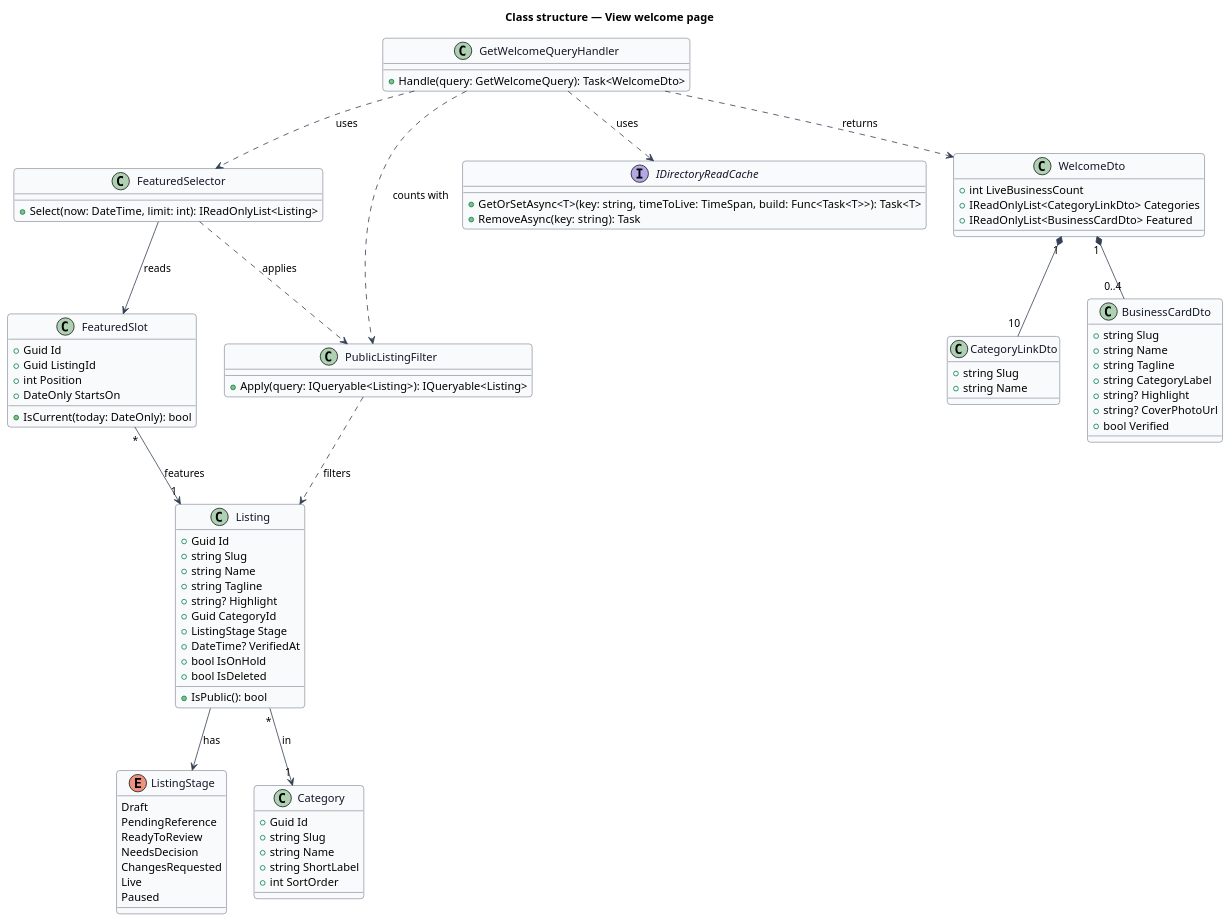
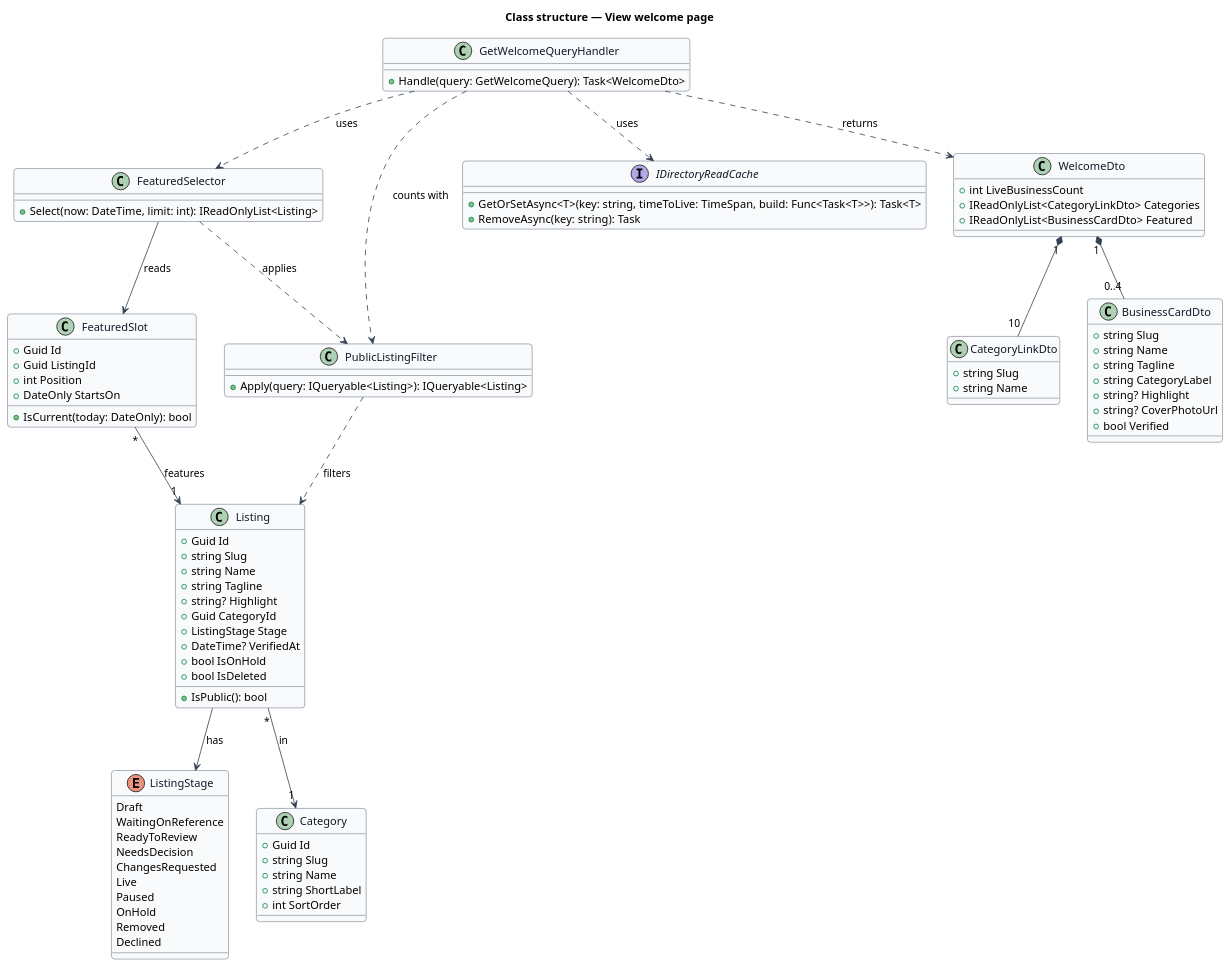
One commit to QuinntyneBrown/jubilee changed the diagram in docs/detailed-designs/directory/view-welcome-page/diagrams/class-structure.puml. Above: the diagram before and after it, drawn with PlantUML. The commit also changed 56 other files, not shown here.

```diff
--- a/docs/detailed-designs/directory/view-welcome-page/diagrams/class-structure.puml
+++ b/docs/detailed-designs/directory/view-welcome-page/diagrams/class-structure.puml
@@ -1,107 +1,110 @@
 @startuml
 ' --- shared skin header ---
 skinparam backgroundColor #FFFFFF
 skinparam shadowing false
 skinparam roundcorner 8
 skinparam defaultFontName Arial
 skinparam ArrowColor #344054
 skinparam class {
   BorderColor #344054
   FontColor #101828
   BackgroundColor #F9FAFB
 }
 ' --------------------------
 title Class structure — View welcome page
 
 
 enum ListingStage {
   Draft
-  PendingReference
+  WaitingOnReference
   ReadyToReview
   NeedsDecision
   ChangesRequested
   Live
   Paused
+  OnHold
+  Removed
+  Declined
 }
 
 class Listing {
   +Guid Id
   +string Slug
   +string Name
   +string Tagline
   +string? Highlight
   +Guid CategoryId
   +ListingStage Stage
   +DateTime? VerifiedAt
   +bool IsOnHold
   +bool IsDeleted
   +IsPublic(): bool
 }
 
 class Category {
   +Guid Id
   +string Slug
   +string Name
   +string ShortLabel
   +int SortOrder
 }
 
 class FeaturedSlot {
   +Guid Id
   +Guid ListingId
   +int Position
   +DateOnly StartsOn
   +IsCurrent(today: DateOnly): bool
 }
 
 class FeaturedSelector {
   +Select(now: DateTime, limit: int): IReadOnlyList<Listing>
 }
 
 class PublicListingFilter {
   +Apply(query: IQueryable<Listing>): IQueryable<Listing>
 }
 
 interface IDirectoryReadCache {
   +GetOrSetAsync<T>(key: string, timeToLive: TimeSpan, build: Func<Task<T>>): Task<T>
   +RemoveAsync(key: string): Task
 }
 
 class GetWelcomeQueryHandler {
   +Handle(query: GetWelcomeQuery): Task<WelcomeDto>
 }
 
 class WelcomeDto {
   +int LiveBusinessCount
   +IReadOnlyList<CategoryLinkDto> Categories
   +IReadOnlyList<BusinessCardDto> Featured
 }
 
 class CategoryLinkDto {
   +string Slug
   +string Name
 }
 
 class BusinessCardDto {
   +string Slug
   +string Name
   +string Tagline
   +string CategoryLabel
   +string? Highlight
   +string? CoverPhotoUrl
   +bool Verified
 }
 
 GetWelcomeQueryHandler ..> WelcomeDto : returns
 GetWelcomeQueryHandler ..> IDirectoryReadCache : uses
 GetWelcomeQueryHandler ..> PublicListingFilter : counts with
 GetWelcomeQueryHandler ..> FeaturedSelector : uses
 WelcomeDto "1" *-- "10" CategoryLinkDto
 WelcomeDto "1" *-- "0..4" BusinessCardDto
 FeaturedSelector --> FeaturedSlot : reads
 FeaturedSelector ..> PublicListingFilter : applies
 FeaturedSlot "*" --> "1" Listing : features
 Listing "*" --> "1" Category : in
 Listing --> ListingStage : has
 PublicListingFilter ..> Listing : filters
 @enduml
```
